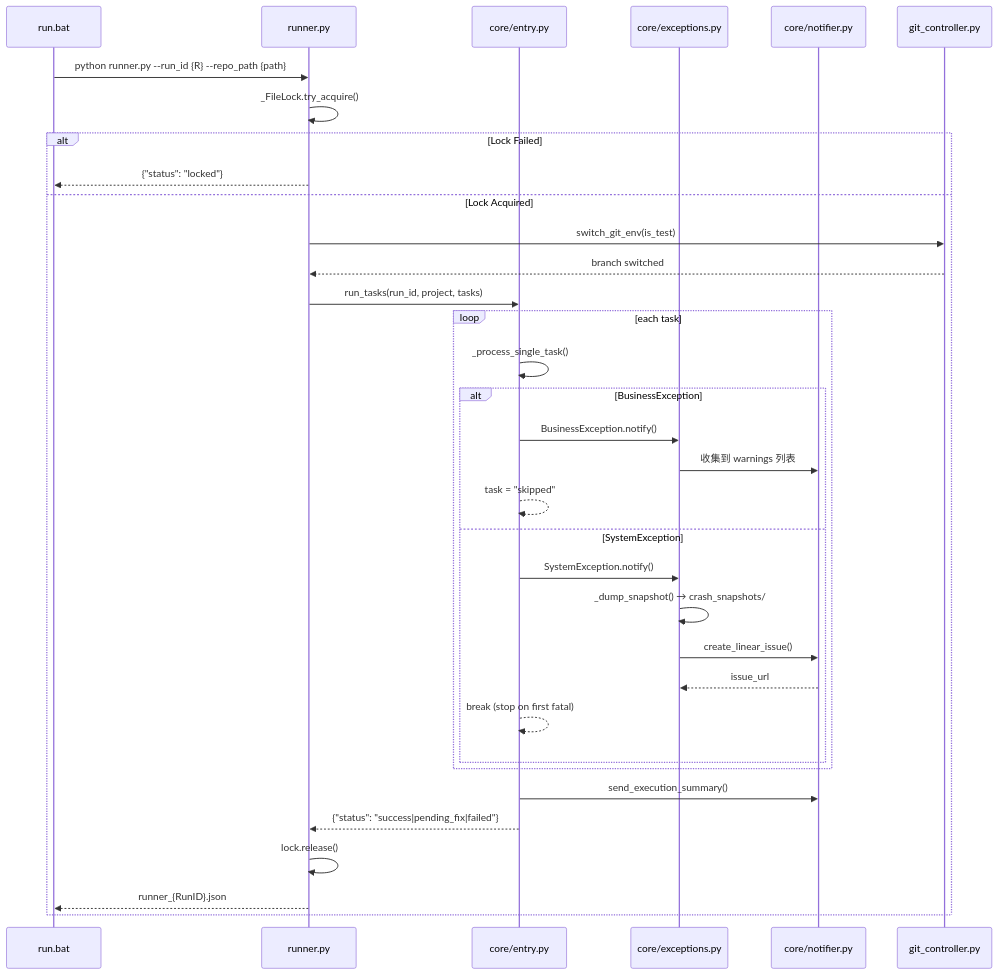
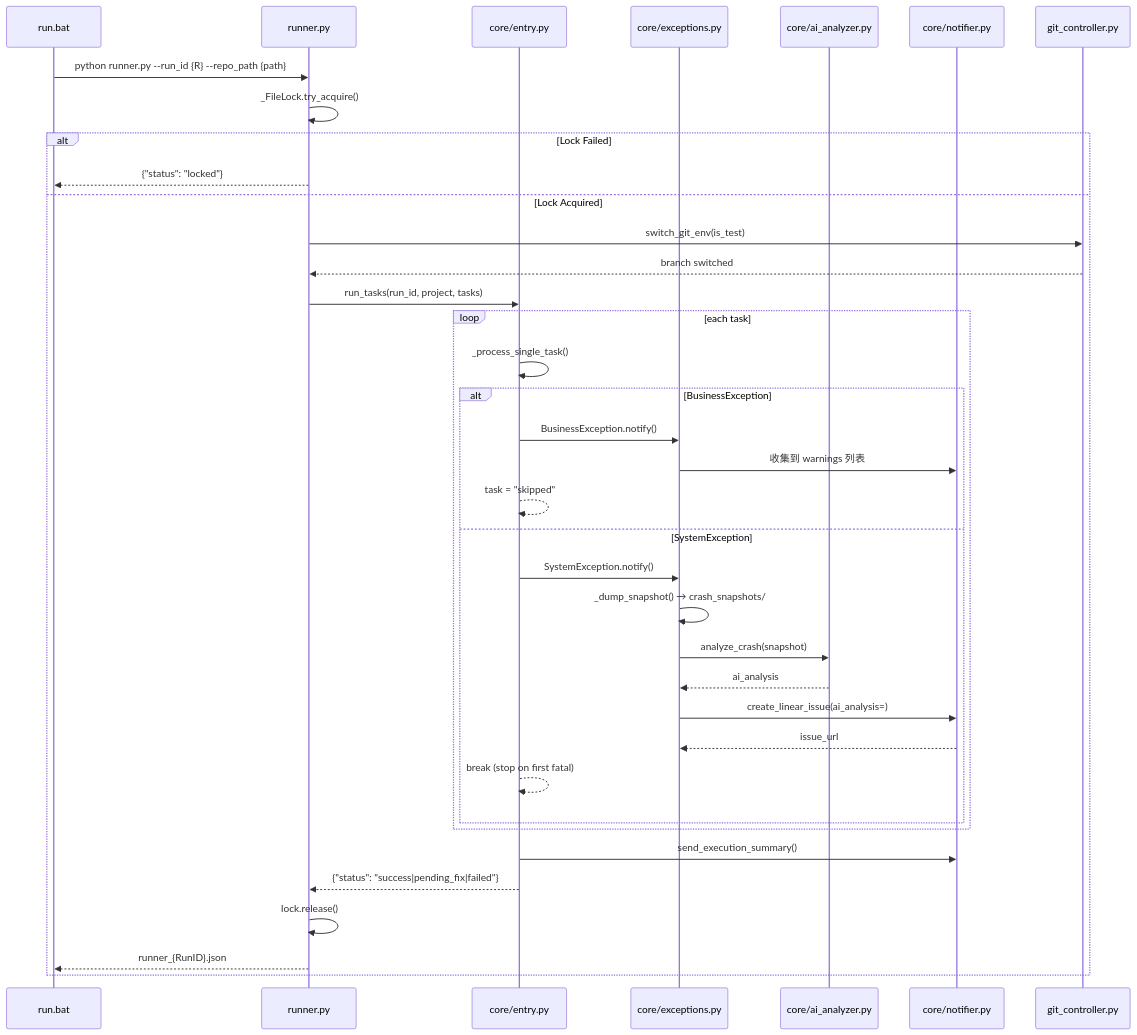
The fourth of 5 diagrams in HUMAN_MACHINE_COLLAB.md (redballoom/rpa-dev-template), drawn with Mermaid before and after one commit. The commit also changed other lines of this file and 9 other files, not shown here.

First line of the commit message:
P0: AI crash analysis + doc sync

````diff
--- a/HUMAN_MACHINE_COLLAB.md
+++ b/HUMAN_MACHINE_COLLAB.md
@@ -154,37 +166,40 @@
 ```mermaid
 sequenceDiagram
     participant Bat as run.bat
     participant Runner as runner.py
     participant Entry as core/entry.py
     participant Exc as core/exceptions.py
+    participant AI as core/ai_analyzer.py
     participant Notif as core/notifier.py
     participant GitC as git_controller.py
 
     Bat->>Runner: python runner.py --run_id {R} --repo_path {path}
     Runner->>Runner: _FileLock.try_acquire()
     alt Lock Failed
         Runner-->>Bat: {"status": "locked"}
     else Lock Acquired
         Runner->>GitC: switch_git_env(is_test)
         GitC-->>Runner: branch switched
         Runner->>Entry: run_tasks(run_id, project, tasks)
         loop each task
             Entry->>Entry: _process_single_task()
             alt BusinessException
                 Entry->>Exc: BusinessException.notify()
                 Exc->>Notif: 收集到 warnings 列表
                 Entry-->>Entry: task = "skipped"
             else SystemException
                 Entry->>Exc: SystemException.notify()
                 Exc->>Exc: _dump_snapshot() → crash_snapshots/
-                Exc->>Notif: create_linear_issue()
+                Exc->>AI: analyze_crash(snapshot)
+                AI-->>Exc: ai_analysis
+                Exc->>Notif: create_linear_issue(ai_analysis=)
                 Notif-->>Exc: issue_url
                 Entry-->>Entry: break (stop on first fatal)
             end
         end
         Entry->>Notif: send_execution_summary()
         Entry-->>Runner: {"status": "success|pending_fix|failed"}
         Runner->>Runner: lock.release()
         Runner-->>Bat: runner_{RunID}.json
     end
 ```
````
